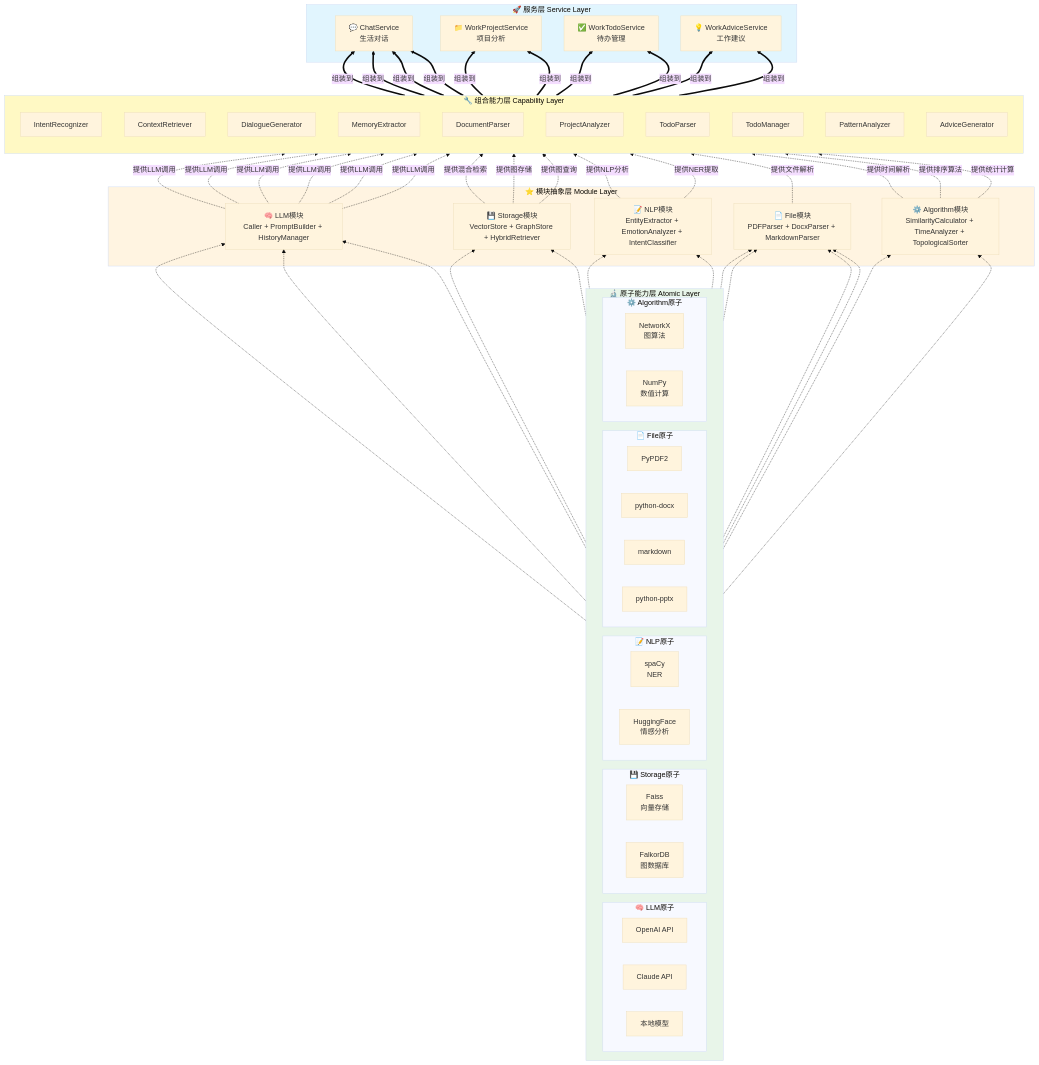
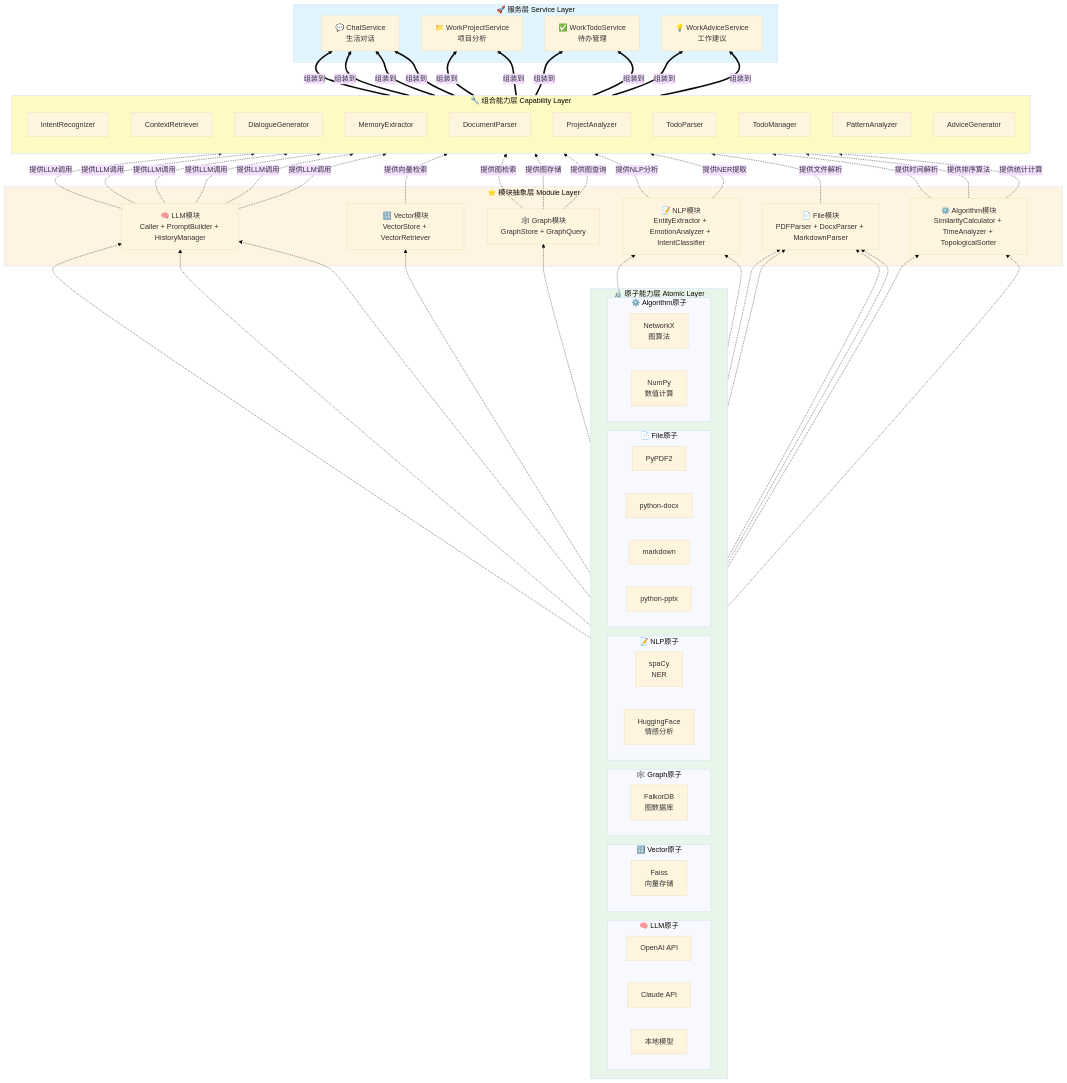
The first of 13 diagrams in ame-doc/architecture.md (kailiangenn/another-me), drawn with Mermaid (base theme) before and after one commit. The commit also changed other lines of this file and 2 other files, not shown here.

```diff
--- a/ame-doc/architecture.md
+++ b/ame-doc/architecture.md
@@ -106,8 +107,11 @@
             Local["本地模型"]
         end
         
-        subgraph Storage_Atomic["💾 Storage原子"]
+        subgraph Vector_Atomic["🔢 Vector原子"]
             Faiss["Faiss<br/>向量存储"]
+        end
+        
+        subgraph Graph_Atomic["🕸️ Graph原子"]
             Falkor["FalkorDB<br/>图数据库"]
         end
         
@@ -131,7 +135,8 @@
     
     subgraph Module["⭐ 模块抽象层 Module Layer"]
         LLM["🧠 LLM模块<br/>Caller + PromptBuilder + HistoryManager"]
-        Storage["💾 Storage模块<br/>VectorStore + GraphStore + HybridRetriever"]
+        Vector["🔢 Vector模块<br/>VectorStore + VectorRetriever"]
+        Graph["🕸️ Graph模块<br/>GraphStore + GraphQuery"]
         NLP["📝 NLP模块<br/>EntityExtractor + EmotionAnalyzer + IntentClassifier"]
         File["📄 File模块<br/>PDFParser + DocxParser + MarkdownParser"]
         Algorithm["⚙️ Algorithm模块<br/>SimilarityCalculator + TimeAnalyzer + TopologicalSorter"]
@@ -163,8 +168,8 @@
     Claude -.-> LLM
     Local -.-> LLM
     
-    Faiss -.-> Storage
-    Falkor -.-> Storage
+    Faiss -.-> Vector
+    Falkor -.-> Graph
     
     spaCy -.-> NLP
     HF -.-> NLP
@@ -185,9 +190,10 @@
     LLM -.->|提供LLM调用| TP
     LLM -.->|提供LLM调用| AG
     
-    Storage -.->|提供混合检索| CR
-    Storage -.->|提供图存储| TM
-    Storage -.->|提供图查询| PtA
+    Vector -.->|提供向量检索| CR
+    Graph -.->|提供图检索| CR
+    Graph -.->|提供图存储| TM
+    Graph -.->|提供图查询| PtA
     
     NLP -.->|提供NLP分析| ME
     NLP -.->|提供NER提取| PA
```
